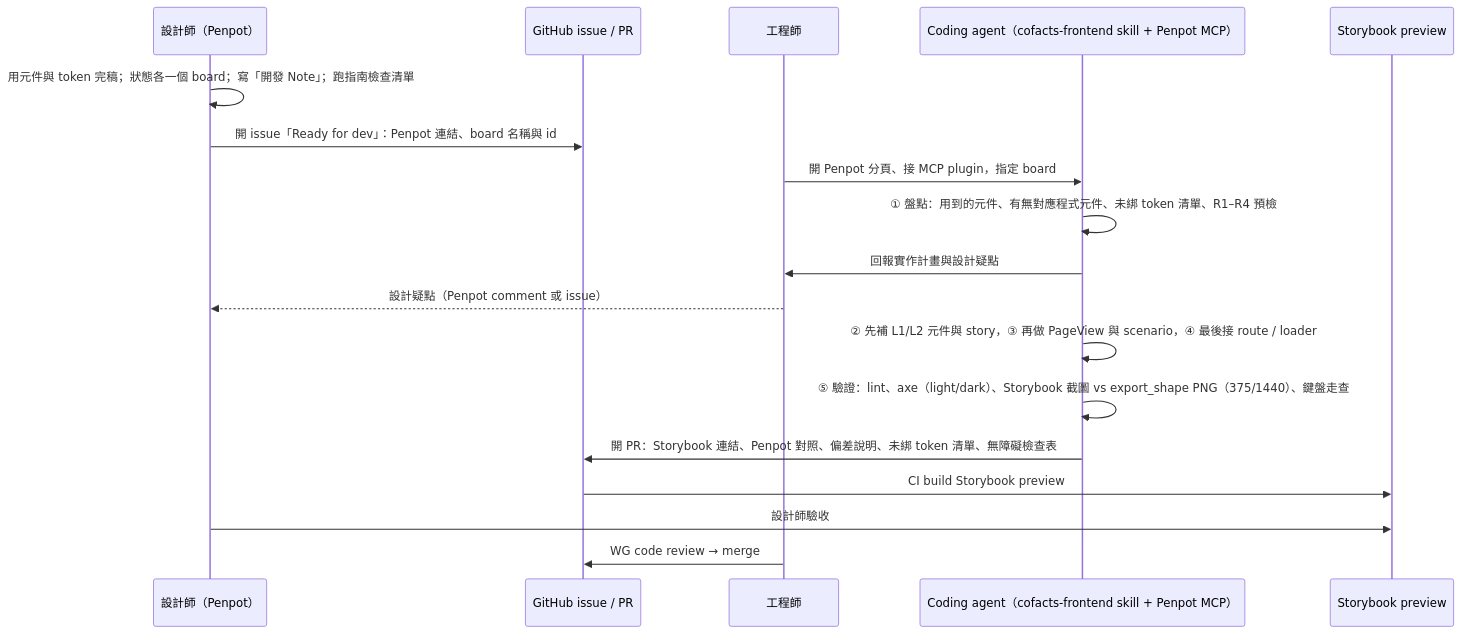
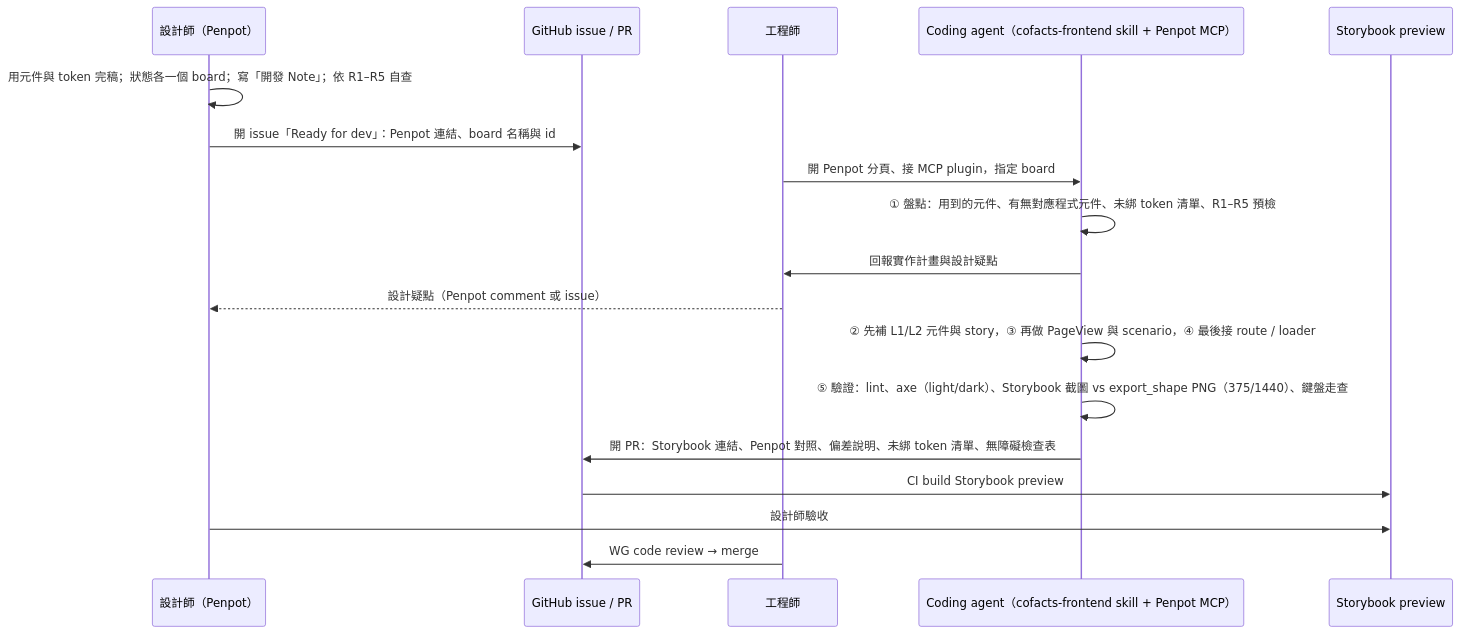
The second of 2 diagrams in src/technical-design/cofacts.ai/Phase 3 網站遷移與前端架構.md (cofacts/kb), drawn with Mermaid before and after one commit. The commit also changed other lines of this file, not shown here.

````diff
--- a/src/technical-design/cofacts.ai/Phase 3 網站遷移與前端架構.md
+++ b/src/technical-design/cofacts.ai/Phase 3 網站遷移與前端架構.md
@@ -739,21 +746,21 @@
 ```mermaid
 sequenceDiagram
   participant D as 設計師（Penpot）
   participant GH as GitHub issue / PR
   participant E as 工程師
   participant A as Coding agent（cofacts-frontend skill + Penpot MCP）
   participant SB as Storybook preview
 
-  D->>D: 用元件與 token 完稿；狀態各一個 board；寫「開發 Note」；跑指南檢查清單
+  D->>D: 用元件與 token 完稿；狀態各一個 board；寫「開發 Note」；依 R1–R5 自查
   D->>GH: 開 issue「Ready for dev」：Penpot 連結、board 名稱與 id
   E->>A: 開 Penpot 分頁、接 MCP plugin，指定 board
-  A->>A: ① 盤點：用到的元件、有無對應程式元件、未綁 token 清單、R1–R4 預檢
+  A->>A: ① 盤點：用到的元件、有無對應程式元件、未綁 token 清單、R1–R5 預檢
   A->>E: 回報實作計畫與設計疑點
   E-->>D: 設計疑點（Penpot comment 或 issue）
   A->>A: ② 先補 L1/L2 元件與 story，③ 再做 PageView 與 scenario，④ 最後接 route / loader
   A->>A: ⑤ 驗證：lint、axe（light/dark）、Storybook 截圖 vs export_shape PNG（375/1440）、鍵盤走查
   A->>GH: 開 PR：Storybook 連結、Penpot 對照、偏差說明、未綁 token 清單、無障礙檢查表
   GH->>SB: CI build Storybook preview
   D->>SB: 設計師驗收
   E->>GH: WG code review → merge
 ```
````
